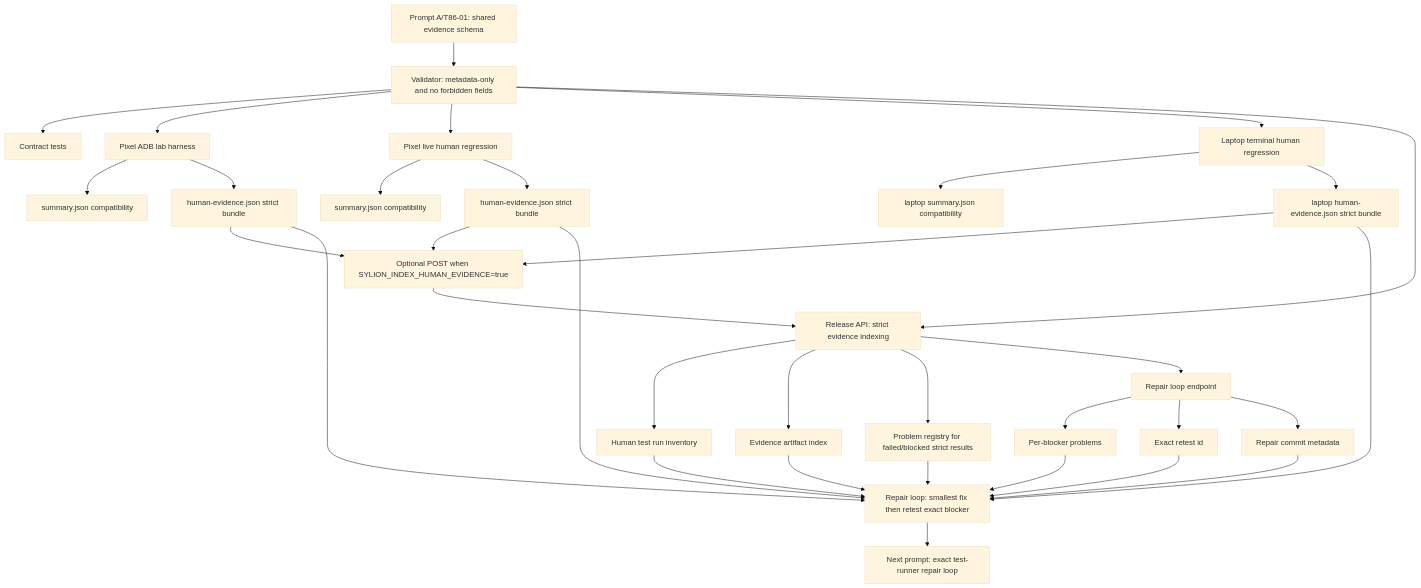
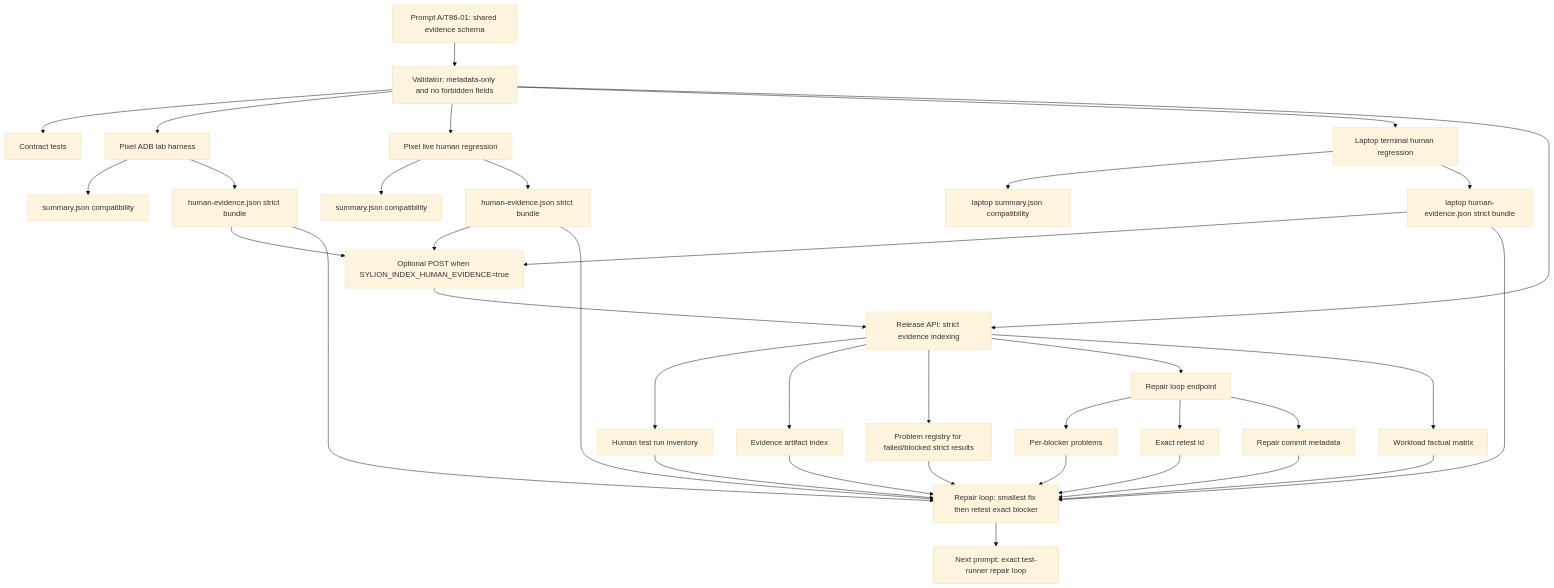
One commit to officemexel-hash/sylion_secure changed the diagram in docs/admin-panel-v2/120-step3-86-implementation-freeze-human-evidence-contract.md. Above: the diagram before and after it, drawn with Mermaid (base theme). The commit also changed other lines of this file and 6 other files, not shown here.

Commit message:
Add workload factual state matrix

````diff
--- a/docs/admin-panel-v2/120-step3-86-implementation-freeze-human-evidence-contract.md
+++ b/docs/admin-panel-v2/120-step3-86-implementation-freeze-human-evidence-contract.md
@@ -88,36 +95,38 @@
 ```mermaid
 flowchart TD
   A["Prompt A/T86-01: shared evidence schema"] --> B["Validator: metadata-only and no forbidden fields"]
   B --> C["Contract tests"]
   B --> D["Pixel ADB lab harness"]
   B --> E["Pixel live human regression"]
   B --> Q["Laptop terminal human regression"]
   B --> L["Release API: strict evidence indexing"]
   D --> F["summary.json compatibility"]
   D --> G["human-evidence.json strict bundle"]
   E --> H["summary.json compatibility"]
   E --> I["human-evidence.json strict bundle"]
   Q --> R["laptop summary.json compatibility"]
   Q --> S["laptop human-evidence.json strict bundle"]
   G --> P["Optional POST when SYLION_INDEX_HUMAN_EVIDENCE=true"]
   I --> P
   S --> P
   P --> L
   L --> M["Human test run inventory"]
   L --> N["Evidence artifact index"]
   L --> O["Problem registry for failed/blocked strict results"]
   L --> T["Repair loop endpoint"]
+  L --> X["Workload factual matrix"]
   T --> U["Per-blocker problems"]
   T --> V["Exact retest id"]
   T --> W["Repair commit metadata"]
   G --> J["Repair loop: smallest fix then retest exact blocker"]
   I --> J
   S --> J
   M --> J
   N --> J
   O --> J
   U --> J
   V --> J
   W --> J
+  X --> J
   J --> K["Next prompt: exact test-runner repair loop"]
 ```
````
